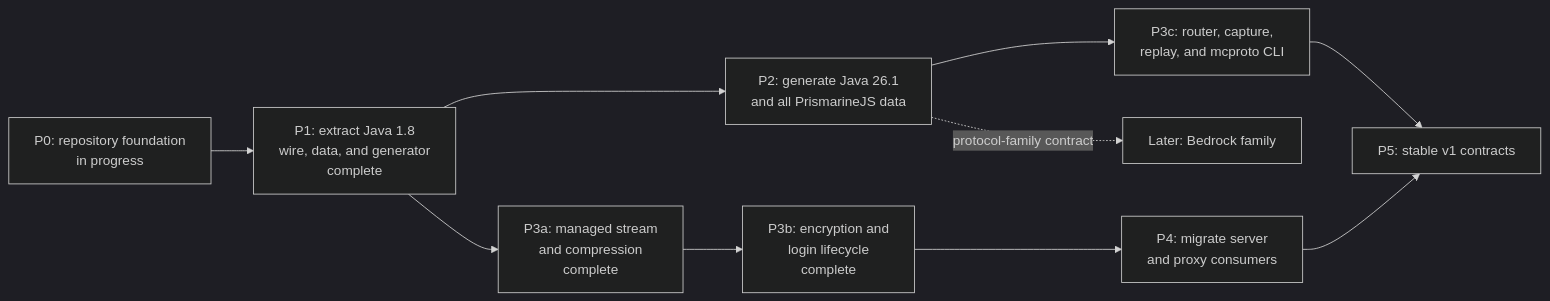
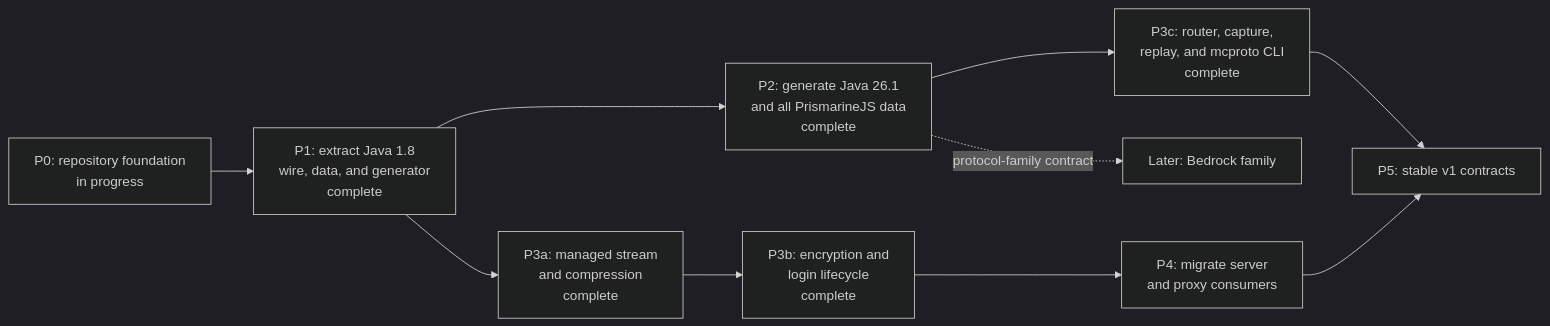
The diagram in ROADMAP.md (go-theft-craft/minecraft-protocol), drawn with Mermaid (dark theme) before and after one commit. The commit also changed other lines of this file and 2 other files, not shown here.

Commit message:
docs: record routing, capture, and replay support

````diff
--- a/ROADMAP.md
+++ b/ROADMAP.md
@@ -5,22 +5,22 @@
 ```mermaid
 flowchart LR
     P0["P0: repository foundation<br/>in progress"]
     P1["P1: extract Java 1.8<br/>wire, data, and generator<br/>complete"]
-    P2["P2: generate Java 26.1<br/>and all PrismarineJS data"]
+    P2["P2: generate Java 26.1<br/>and all PrismarineJS data<br/>complete"]
     P3a["P3a: managed stream<br/>and compression<br/>complete"]
     P3b["P3b: encryption and<br/>login lifecycle<br/>complete"]
-    P3c["P3c: router, capture,<br/>replay, and mcproto CLI"]
+    P3c["P3c: router, capture,<br/>replay, and mcproto CLI<br/>complete"]
     P4["P4: migrate server<br/>and proxy consumers"]
     P5["P5: stable v1 contracts"]
     PX["Later: Bedrock family"]
 
     P0 --> P1
     P1 --> P2
     P1 --> P3a
     P3a --> P3b
     P3b --> P4
     P2 --> P3c
     P3c --> P5
     P4 --> P5
     P2 -. protocol-family contract .-> PX
 ```
````
